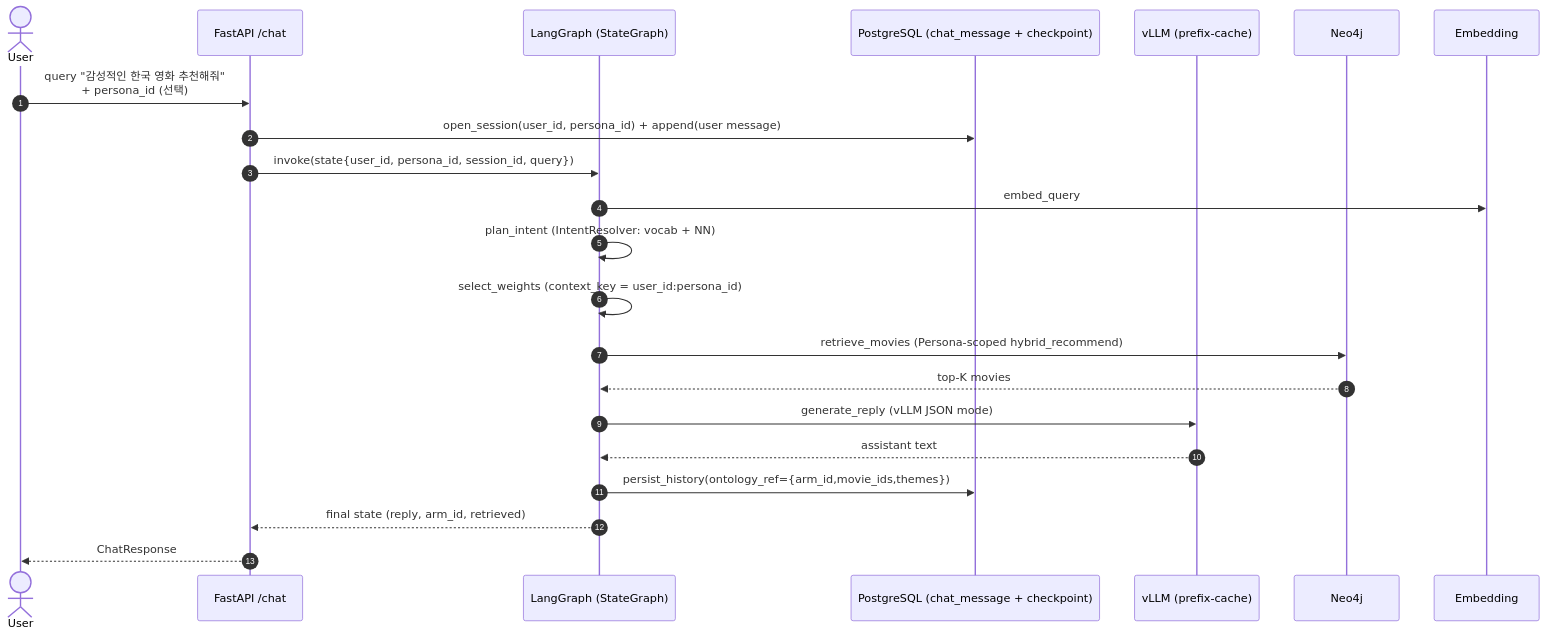
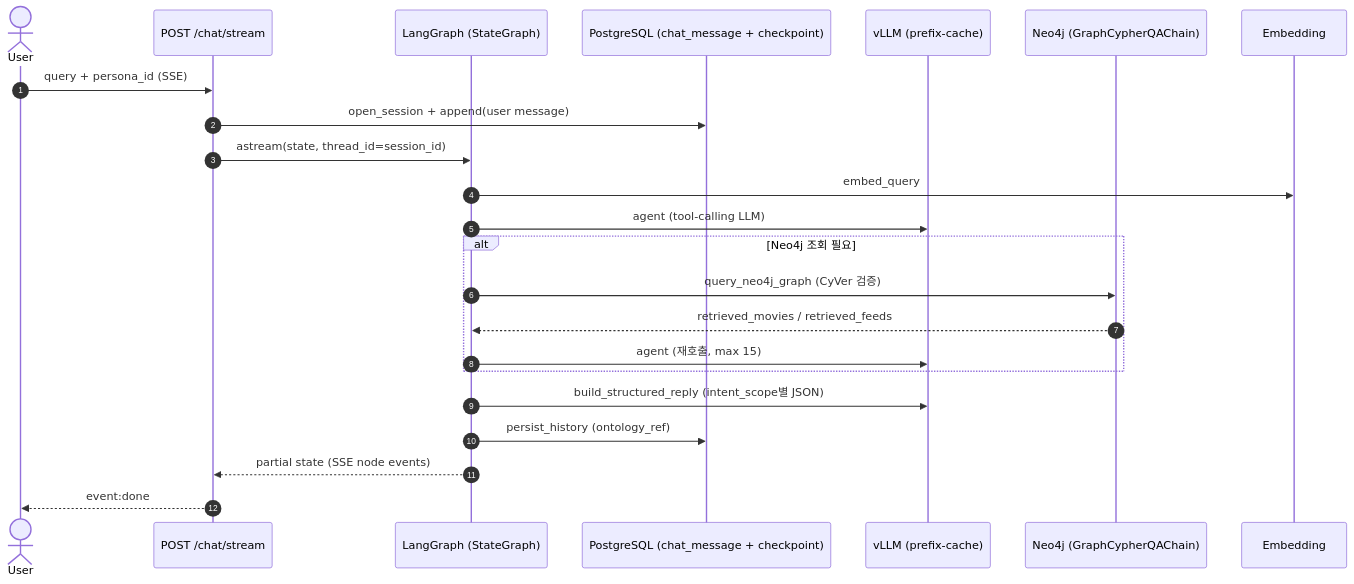
The third of 5 diagrams in docs/architecture.md (kakao4-KAKAMU/KAKAMU_DE), drawn with Mermaid before and after one commit. The commit also changed other lines of this file and 14 other files, not shown here.

````diff
--- a/docs/architecture.md
+++ b/docs/architecture.md
@@ -127,28 +133,29 @@
 ```mermaid
 sequenceDiagram
     autonumber
     actor U as User
-    participant API as FastAPI /chat
+    participant API as POST /chat/stream
     participant LG as LangGraph (StateGraph)
     participant PG as PostgreSQL (chat_message + checkpoint)
     participant VL as vLLM (prefix-cache)
-    participant NEO as Neo4j
+    participant NEO as Neo4j (GraphCypherQAChain)
     participant EMB as Embedding
 
-    U->>API: query "감성적인 한국 영화 추천해줘"<br/>+ persona_id (선택)
-    API->>PG: open_session(user_id, persona_id) + append(user message)
-    API->>LG: invoke(state{user_id, persona_id, session_id, query})
+    U->>API: query + persona_id (SSE)
+    API->>PG: open_session + append(user message)
+    API->>LG: astream(state, thread_id=session_id)
 
     LG->>EMB: embed_query
-    LG->>LG: plan_intent (IntentResolver: vocab + NN)
-    LG->>LG: select_weights (context_key = user_id:persona_id)
-    LG->>NEO: retrieve_movies (Persona-scoped hybrid_recommend)
-    NEO-->>LG: top-K movies
+    LG->>VL: agent (tool-calling LLM)
 
-    LG->>VL: generate_reply (vLLM JSON mode)
-    VL-->>LG: assistant text
+    alt Neo4j 조회 필요
+        LG->>NEO: query_neo4j_graph (CyVer 검증)
+        NEO-->>LG: retrieved_movies / retrieved_feeds
+        LG->>VL: agent (재호출, max 15)
+    end
 
-    LG->>PG: persist_history(ontology_ref={arm_id,movie_ids,themes})
-    LG-->>API: final state (reply, arm_id, retrieved)
-    API-->>U: ChatResponse
+    LG->>VL: build_structured_reply (intent_scope별 JSON)
+    LG->>PG: persist_history (ontology_ref)
+    LG-->>API: partial state (SSE node events)
+    API-->>U: event:done
 ```
````
